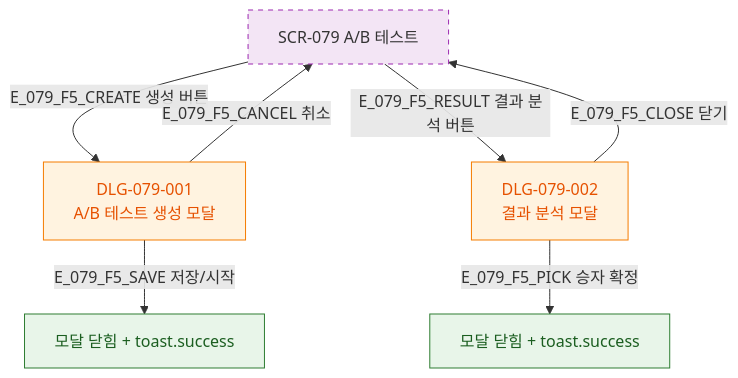
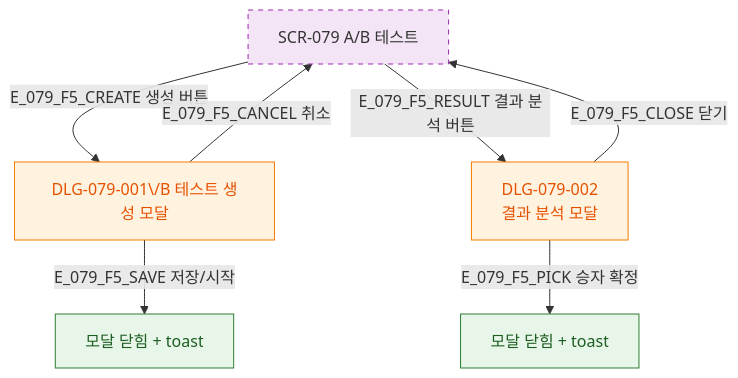
One commit to dev-spogym/admin-pando changed the diagram in docs/다이어그램/D08_마케팅/SCR-079_AB테스트/F5_모달트리거.md. Above: the diagram before and after it, drawn with Mermaid. The commit also changed other lines of this file and 1660 other files, not shown here.

First line of the commit message:
다이어그램: 기획자/클라이언트 납품본으로 정리

````diff
--- a/docs/다이어그램/D08_마케팅/SCR-079_AB테스트/F5_모달트리거.md
+++ b/docs/다이어그램/D08_마케팅/SCR-079_AB테스트/F5_모달트리거.md
@@ -14,20 +12,20 @@
 ```mermaid
 flowchart TD
   SCR_079[SCR-079 A/B 테스트]
 
-  SCR_079 -->|E_079_F5_CREATE 생성 버튼| DLG_001[DLG-079-001\nA/B 테스트 생성 모달]
-  SCR_079 -->|E_079_F5_RESULT 결과 분석 버튼| DLG_002[DLG-079-002\n결과 분석 모달]
+  SCR_079 -->|E_079_F5_CREATE 생성 버튼|DLG_001[DLG-079-001\/B 테스트 생성 모달]
+  SCR_079 -->|E_079_F5_RESULT 결과 분석 버튼|DLG_002[DLG-079-002\n결과 분석 모달]
 
-  DLG_001 -->|E_079_F5_SAVE 저장/시작| STARTED[모달 닫힘 + toast.success]
-  DLG_001 -->|E_079_F5_CANCEL 취소| SCR_079
-  DLG_002 -->|E_079_F5_PICK 승자 확정| PICKED[모달 닫힘 + toast.success]
-  DLG_002 -->|E_079_F5_CLOSE 닫기| SCR_079
+  DLG_001 -->|E_079_F5_SAVE 저장/시작|STARTED[모달 닫힘 + toast]
+  DLG_001 -->|E_079_F5_CANCEL 취소|SCR_079
+  DLG_002 -->|E_079_F5_PICK 승자 확정|PICKED[모달 닫힘 + toast]
+  DLG_002 -->|E_079_F5_CLOSE 닫기|SCR_079
 
   classDef newFeature fill:#F3E5F5,stroke:#9C27B0,stroke-dasharray:5 5
-  classDef modal      fill:#FFF3E0,stroke:#F57C00,color:#E65100
-  classDef success    fill:#E8F5E9,stroke:#2E7D32,color:#1B5E20
+  classDef modal fill:#FFF3E0,stroke:#F57C00,color:#E65100
+  classDef success fill:#E8F5E9,stroke:#2E7D32,color:#1B5E20
 
   class SCR_079 newFeature
   class DLG_001,DLG_002 modal
   class STARTED,PICKED success
 ```
````
